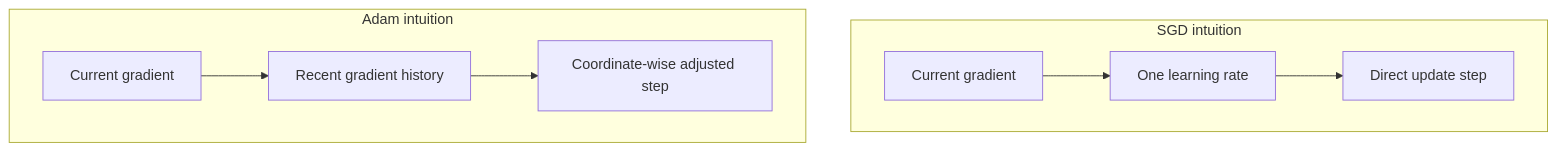
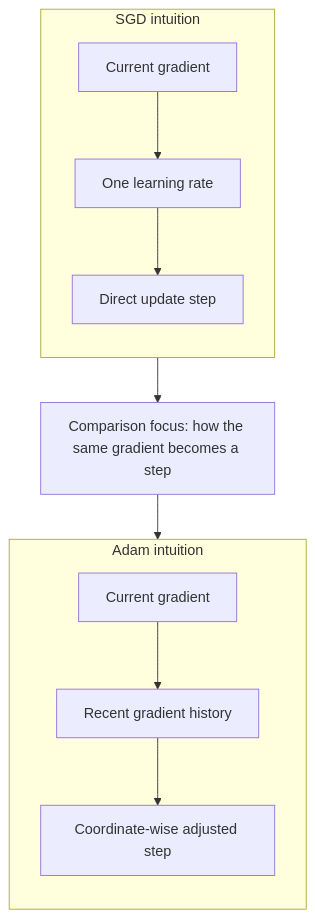
Before and after one commit to devchan64/AiBook: the diagram in docs/assets/part-05/chapter-07/sgd-vs-adam-flow-en.mmd, drawn with Mermaid. The commit also changed 130 other files, not shown here.

Commit message:
Refine part 5 charts and terminology

```diff
--- a/docs/assets/part-05/chapter-07/sgd-vs-adam-flow-en.mmd
+++ b/docs/assets/part-05/chapter-07/sgd-vs-adam-flow-en.mmd
@@ -1,10 +1,16 @@
 flowchart TD
   subgraph SGD["SGD intuition"]
+    direction TB
     A["Current gradient"] --> B["One learning rate"]
     B --> C["Direct update step"]
   end
 
+  GAP["Comparison focus: how the same gradient becomes a step"]
+
   subgraph Adam["Adam intuition"]
+    direction TB
     D["Current gradient"] --> E["Recent gradient history"]
     E --> F["Coordinate-wise adjusted step"]
   end
+
+  SGD --> GAP --> Adam
```
